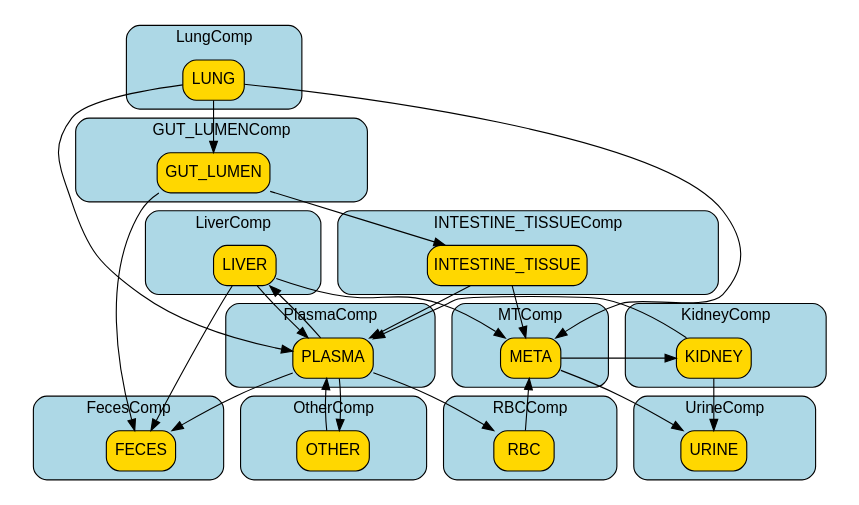
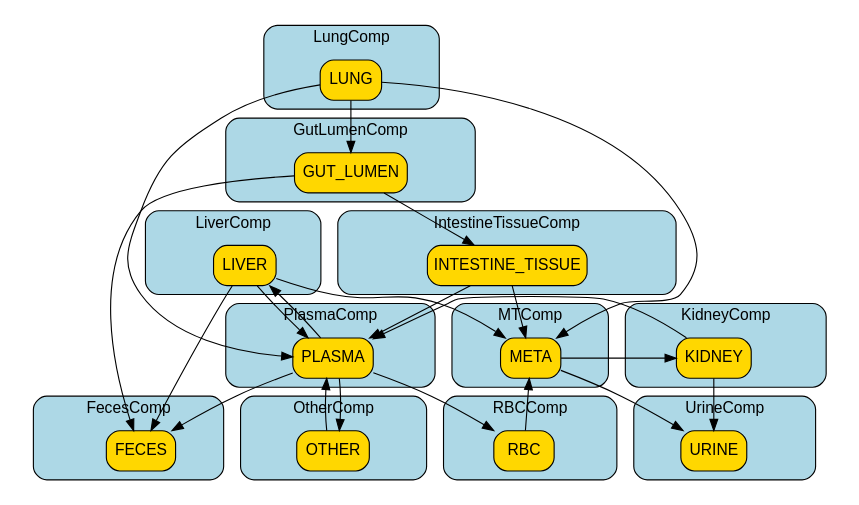
Before and after one commit to fair-pbk/pbk-cd: the diagram in docs/pbk_cd_gastellu_2026_revised.dot, drawn with Graphviz. The commit also changed 11 other files, not shown here.

```diff
--- a/docs/pbk_cd_gastellu_2026_revised.dot
+++ b/docs/pbk_cd_gastellu_2026_revised.dot
@@ -19,12 +19,12 @@
 			shape=box,
 			style="filled,rounded"];
 	}
-	subgraph cluster_GUT_LUMENComp {
+	subgraph cluster_GutLumenComp {
 		graph [color=black,
 			fillcolor=lightblue,
 			fontname=Arial,
-			href="#compartment-GUT_LUMENComp",
-			label=GUT_LUMENComp,
+			href="#compartment-GutLumenComp",
+			label=GutLumenComp,
 			shape=box,
 			style="filled,rounded"
 		];
@@ -35,12 +35,12 @@
 			shape=box,
 			style="filled,rounded"];
 	}
-	subgraph cluster_INTESTINE_TISSUEComp {
+	subgraph cluster_IntestineTissueComp {
 		graph [color=black,
 			fillcolor=lightblue,
 			fontname=Arial,
-			href="#compartment-INTESTINE_TISSUEComp",
-			label=INTESTINE_TISSUEComp,
+			href="#compartment-IntestineTissueComp",
+			label=IntestineTissueComp,
 			shape=box,
 			style="filled,rounded"
 		];
```
